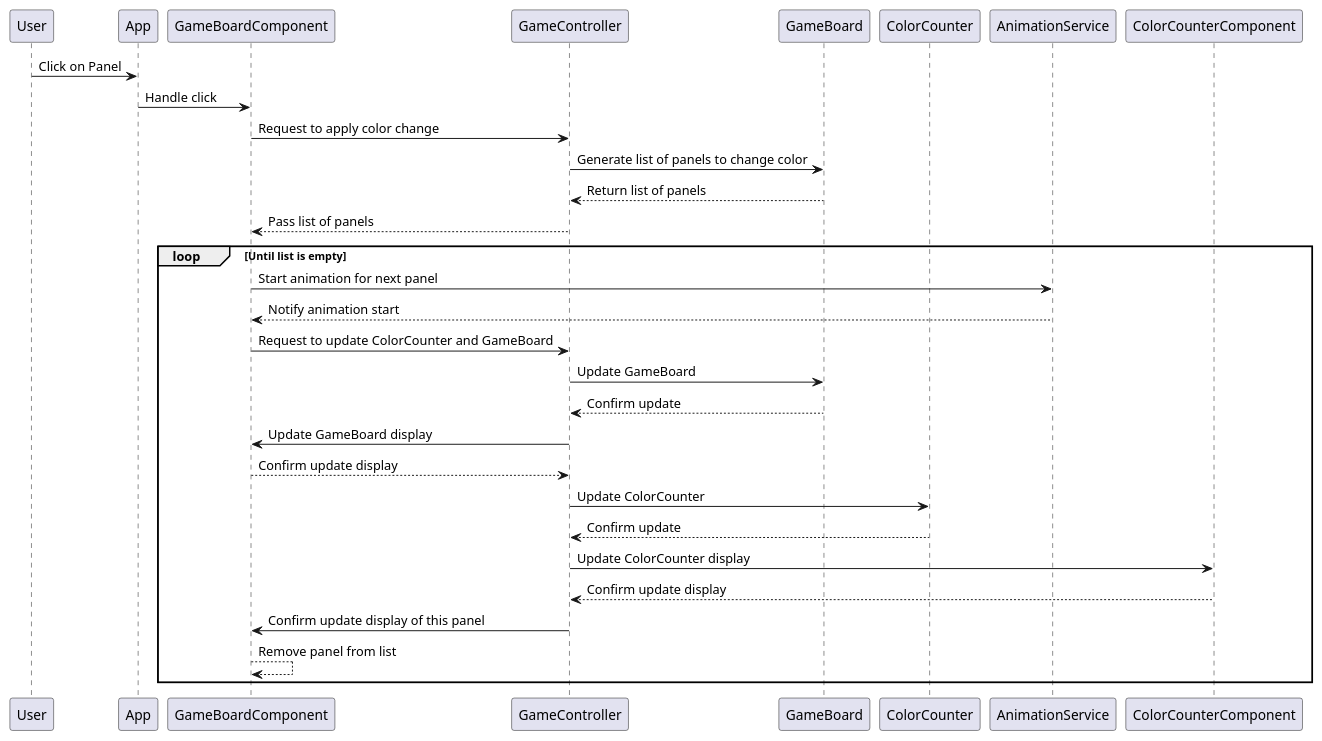
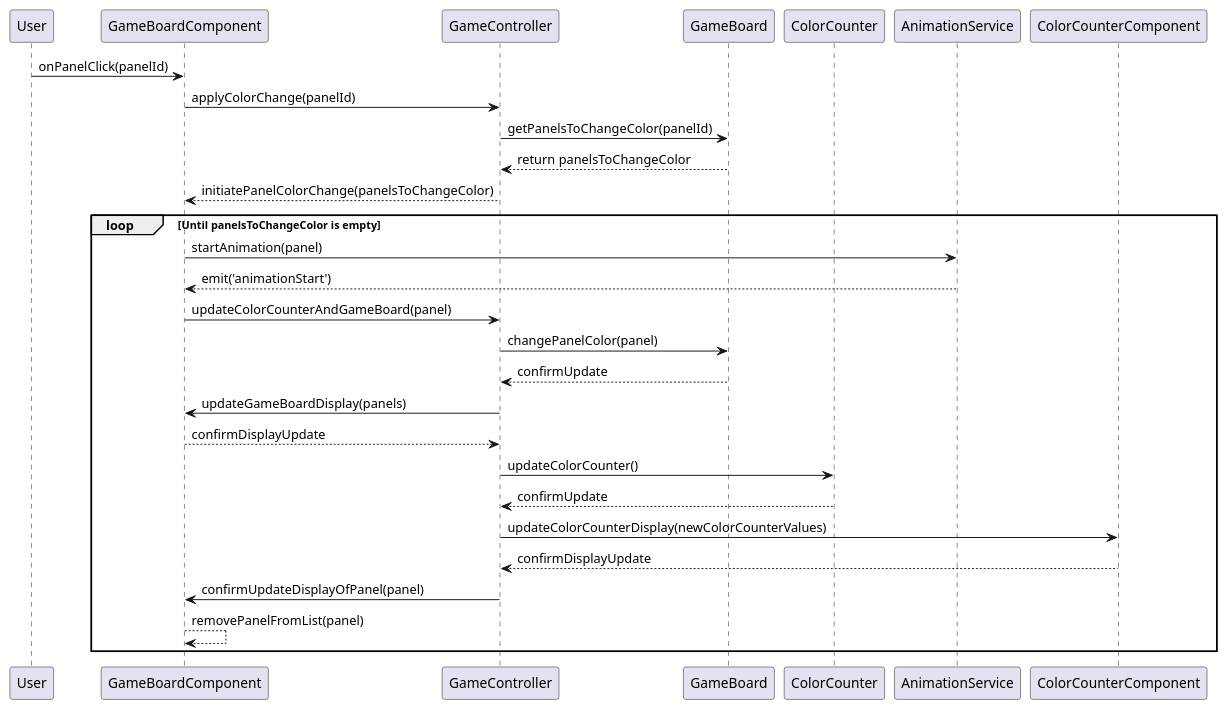
Before and after one commit to AkamatsuYuu1987/TS-Attack25: the diagram in docs/GamePlayInteractionFlow.puml, drawn with PlantUML. The commit also changed 1 other file, not shown here.

```diff
--- a/docs/GamePlayInteractionFlow.puml
+++ b/docs/GamePlayInteractionFlow.puml
@@ -1,32 +1,30 @@
 @startuml
 participant User
-participant App
 participant GameBoardComponent
 participant GameController
 participant GameBoard
 participant ColorCounter
 participant AnimationService
 participant ColorCounterComponent
 
-User -> App : Click on Panel
-App -> GameBoardComponent : Handle click
-GameBoardComponent -> GameController : Request to apply color change
-GameController -> GameBoard : Generate list of panels to change color
-GameBoard --> GameController : Return list of panels
-GameController --> GameBoardComponent : Pass list of panels
-loop Until list is empty
-    GameBoardComponent -> AnimationService : Start animation for next panel
-    AnimationService --> GameBoardComponent : Notify animation start
-    GameBoardComponent -> GameController : Request to update ColorCounter and GameBoard
-    GameController -> GameBoard : Update GameBoard
-    GameBoard --> GameController : Confirm update
-    GameController -> GameBoardComponent : Update GameBoard display
-    GameBoardComponent --> GameController : Confirm update display
-    GameController -> ColorCounter : Update ColorCounter
-    ColorCounter --> GameController : Confirm update
-    GameController -> ColorCounterComponent : Update ColorCounter display
-    ColorCounterComponent --> GameController : Confirm update display
-    GameController -> GameBoardComponent : Confirm update display of this panel
-    GameBoardComponent --> GameBoardComponent : Remove panel from list
+User -> GameBoardComponent : onPanelClick(panelId)
+GameBoardComponent -> GameController : applyColorChange(panelId)
+GameController -> GameBoard : getPanelsToChangeColor(panelId)
+GameBoard --> GameController : return panelsToChangeColor
+GameController --> GameBoardComponent : initiatePanelColorChange(panelsToChangeColor)
+loop Until panelsToChangeColor is empty
+    GameBoardComponent -> AnimationService : startAnimation(panel)
+    AnimationService --> GameBoardComponent : emit('animationStart')
+    GameBoardComponent -> GameController : updateColorCounterAndGameBoard(panel)
+    GameController -> GameBoard : changePanelColor(panel)
+    GameBoard --> GameController : confirmUpdate
+    GameController -> GameBoardComponent : updateGameBoardDisplay(panels)
+    GameBoardComponent --> GameController : confirmDisplayUpdate
+    GameController -> ColorCounter : updateColorCounter()
+    ColorCounter --> GameController : confirmUpdate
+    GameController -> ColorCounterComponent : updateColorCounterDisplay(newColorCounterValues)
+    ColorCounterComponent --> GameController : confirmDisplayUpdate
+    GameController -> GameBoardComponent : confirmUpdateDisplayOfPanel(panel)
+    GameBoardComponent --> GameBoardComponent : removePanelFromList(panel)
 end
 @enduml
```
